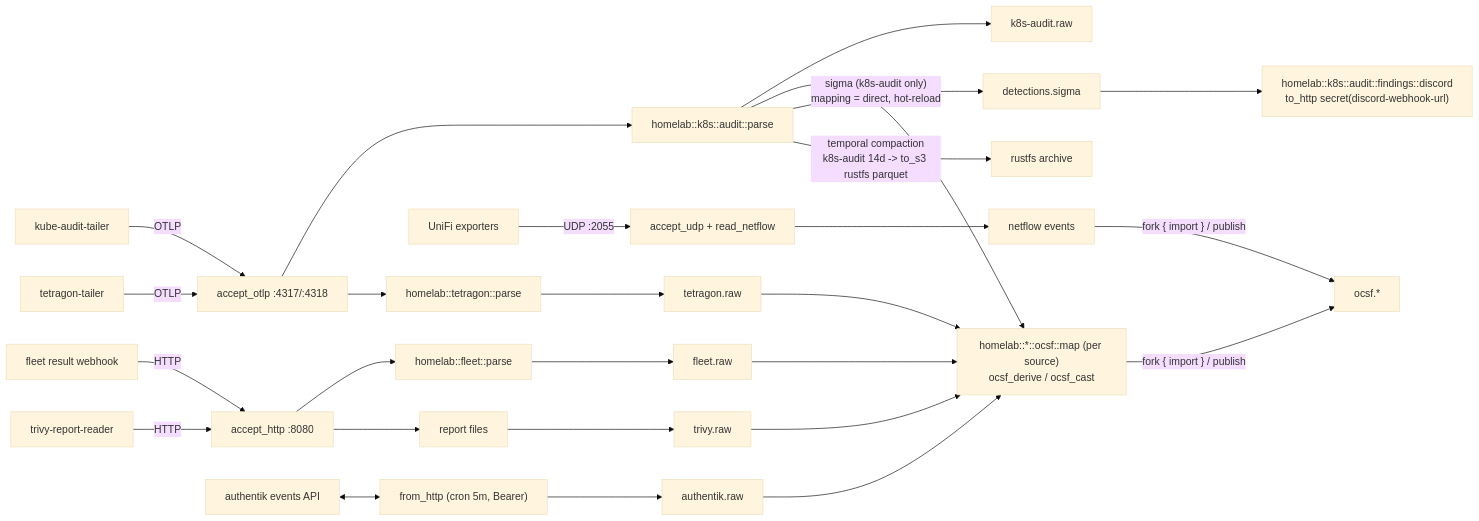
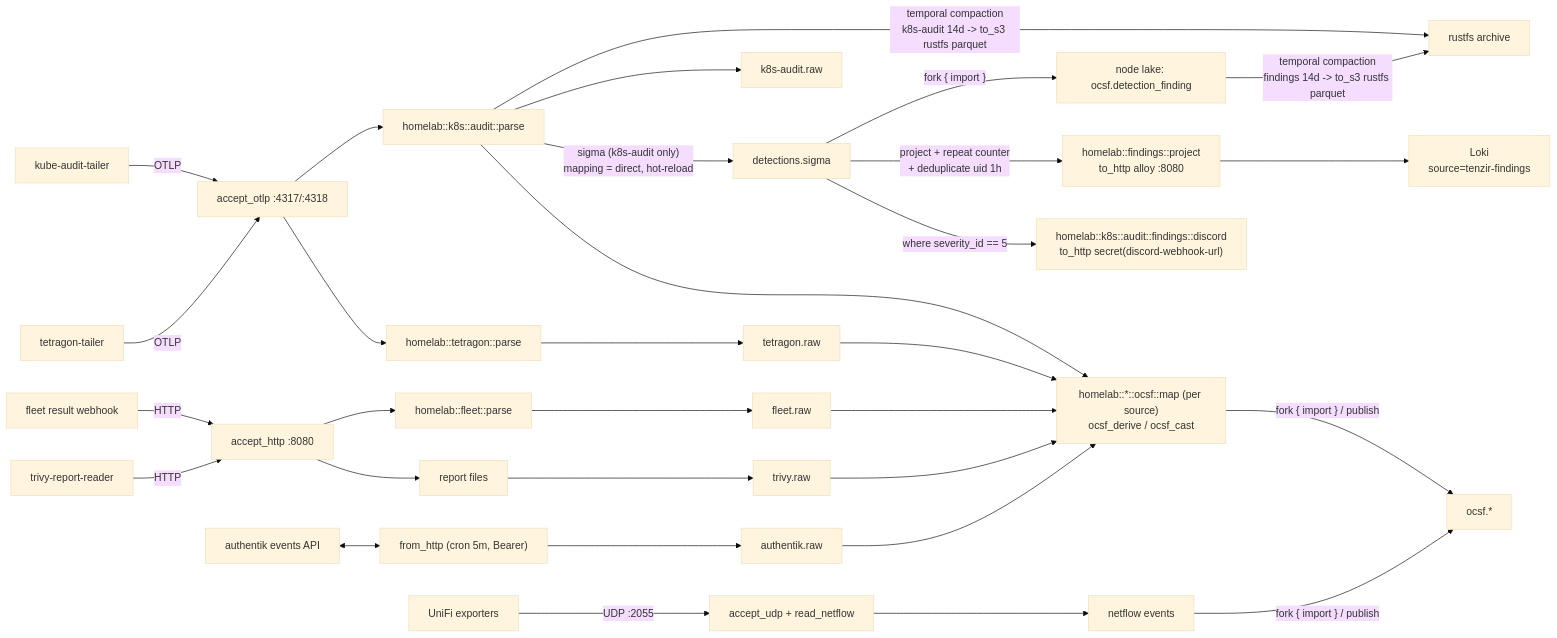
One commit to Apocrathia/homelab changed the diagram in flux/manifests/03-services/observability/tenzir/README.md. Above: the diagram before and after it, drawn with Mermaid (base theme). The commit also changed other lines of this file and 10 other files, not shown here.

First line of the commit message:
feat(observability): findings destination — lake record, Loki projection, triage contract

````diff
--- a/flux/manifests/03-services/observability/tenzir/README.md
+++ b/flux/manifests/03-services/observability/tenzir/README.md
@@ -28,28 +31,31 @@
 ```mermaid
 flowchart LR
     KAT[kube-audit-tailer] -- OTLP --> AO["accept_otlp :4317/:4318"]
     TT[tetragon-tailer] -- OTLP --> AO
     FRW[fleet result webhook] -- HTTP --> AH["accept_http :8080"]
     TRR[trivy-report-reader] -- HTTP --> AH
     AE[authentik events API] <--> FH["from_http (cron 5m, Bearer)"]
     UE[UniFi exporters] -- "UDP :2055" --> NF[accept_udp + read_netflow]
 
     AO --> KA[homelab::k8s::audit::parse] --> KR[k8s-audit.raw]
     AO --> TP[homelab::tetragon::parse] --> TR[tetragon.raw]
     AH --> FP[homelab::fleet::parse] --> FR[fleet.raw]
     AH --> RF[report files] --> TB[trivy.raw]
     FH --> AR[authentik.raw]
     NF --> NB[netflow events]
 
     KA --> MAP["homelab::*::ocsf::map (per source)<br/>ocsf_derive / ocsf_cast"]
     TR --> MAP
     FR --> MAP
     TB --> MAP
     AR --> MAP
     MAP -- "fork { import } / publish" --> OCSF[ocsf.*]
     NB -- "fork { import } / publish" --> OCSF
 
     KA -- "sigma (k8s-audit only)<br/>mapping = direct, hot-reload" --> SIG[detections.sigma]
-    SIG --> DC["homelab::k8s::audit::findings::discord<br/>to_http secret(discord-webhook-url)"]
+    SIG -- "fork { import }" --> LAKE[node lake: ocsf.detection_finding]
+    SIG -- "where severity_id == 5" --> DC["homelab::k8s::audit::findings::discord<br/>to_http secret(discord-webhook-url)"]
+    SIG -- "project + repeat counter<br/>+ deduplicate uid 1h" --> LK["homelab::findings::project<br/>to_http alloy :8080"] --> LOKI[Loki<br/>source=tenzir-findings]
     KA -- "temporal compaction<br/>k8s-audit 14d -> to_s3 rustfs parquet" --> S3[rustfs archive]
+    LAKE -- "temporal compaction<br/>findings 14d -> to_s3 rustfs parquet" --> S3
 ```
````
